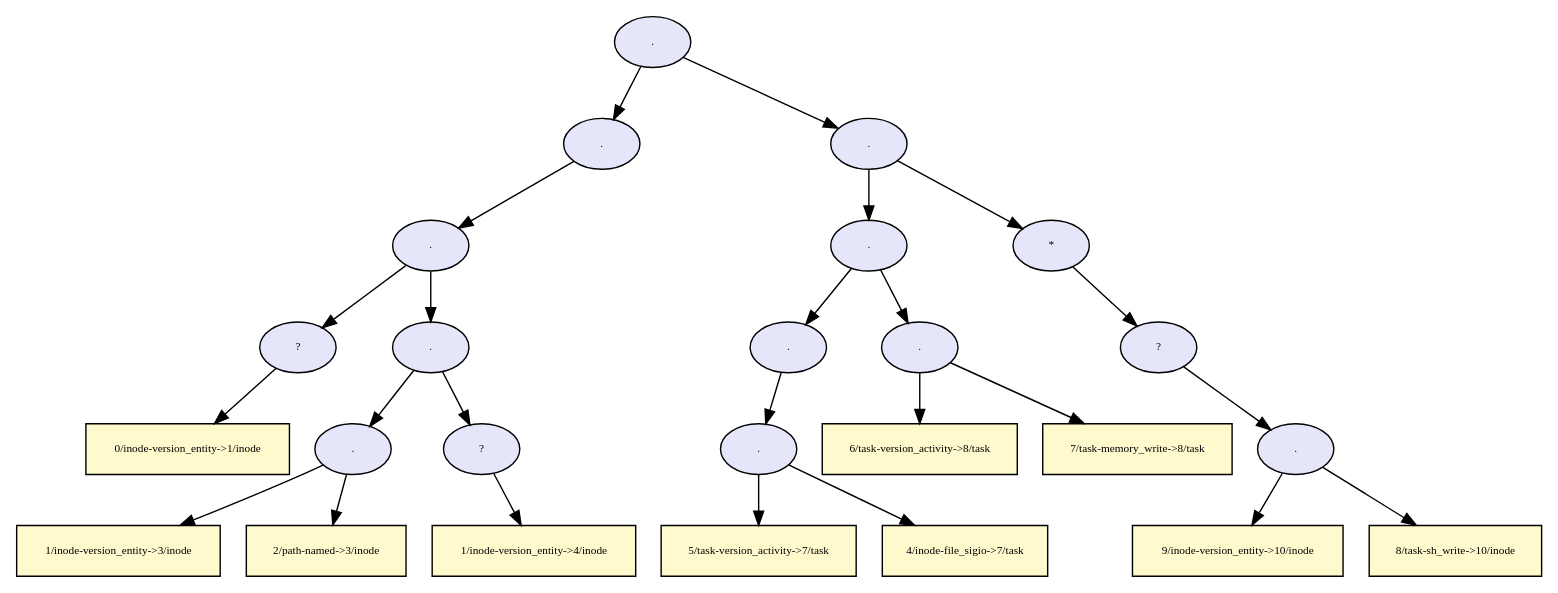
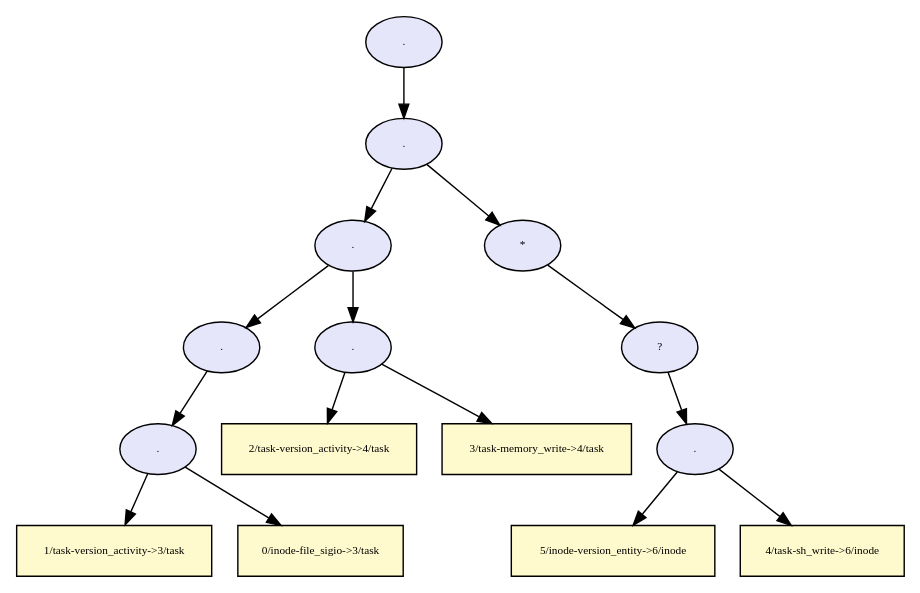
The diagram in dot/provenance_file_send_sigiotask_tree.dot (TinkerBellSystem/graph-matching), drawn with Graphviz before and after one commit. The commit also changed 5 other files, not shown here.

```diff
--- a/dot/provenance_file_send_sigiotask_tree.dot
+++ b/dot/provenance_file_send_sigiotask_tree.dot
@@ -1,99 +1,59 @@
-digraph RGL__DirectedAdjacencyGraph {24[fontsize = 8,label = ".",shape = ellipse, fillcolor="#e6e6fa", style = filled]
+digraph RGL__DirectedAdjacencyGraph {14[fontsize = 8,label = ".",shape = ellipse, fillcolor="#e6e6fa", style = filled]
 
-24 -> 9[fontsize = 8, color="#000000"]
+14 -> 13[fontsize = 8, color="#000000"]
 
-9[fontsize = 8,label = ".",shape = ellipse, fillcolor="#e6e6fa", style = filled]
+13[fontsize = 8,label = ".",shape = ellipse, fillcolor="#e6e6fa", style = filled]
 
-9 -> 8[fontsize = 8, color="#000000"]
-
-8[fontsize = 8,label = ".",shape = ellipse, fillcolor="#e6e6fa", style = filled]
-
-8 -> 1[fontsize = 8, color="#000000"]
-
-1[fontsize = 8,label = "?",shape = ellipse, fillcolor="#e6e6fa", style = filled]
-
-1 -> 0[fontsize = 8, color="#000000"]
-
-0[fontsize = 8,label = "0/inode-version_entity->1/inode",shape = rectangle, fillcolor="#fffacd", style = filled]
-
-8 -> 7[fontsize = 8, color="#000000"]
+13 -> 7[fontsize = 8, color="#000000"]
 
 7[fontsize = 8,label = ".",shape = ellipse, fillcolor="#e6e6fa", style = filled]
 
-7 -> 4[fontsize = 8, color="#000000"]
+7 -> 3[fontsize = 8, color="#000000"]
 
-4[fontsize = 8,label = ".",shape = ellipse, fillcolor="#e6e6fa", style = filled]
+3[fontsize = 8,label = ".",shape = ellipse, fillcolor="#e6e6fa", style = filled]
 
-4 -> 2[fontsize = 8, color="#000000"]
+3 -> 2[fontsize = 8, color="#000000"]
 
-2[fontsize = 8,label = "1/inode-version_entity->3/inode",shape = rectangle, fillcolor="#fffacd", style = filled]
+2[fontsize = 8,label = ".",shape = ellipse, fillcolor="#e6e6fa", style = filled]
 
-4 -> 3[fontsize = 8, color="#000000"]
+2 -> 0[fontsize = 8, color="#000000"]
 
-3[fontsize = 8,label = "2/path-named->3/inode",shape = rectangle, fillcolor="#fffacd", style = filled]
+0[fontsize = 8,label = "1/task-version_activity->3/task",shape = rectangle, fillcolor="#fffacd", style = filled]
+
+2 -> 1[fontsize = 8, color="#000000"]
+
+1[fontsize = 8,label = "0/inode-file_sigio->3/task",shape = rectangle, fillcolor="#fffacd", style = filled]
 
 7 -> 6[fontsize = 8, color="#000000"]
 
-6[fontsize = 8,label = "?",shape = ellipse, fillcolor="#e6e6fa", style = filled]
+6[fontsize = 8,label = ".",shape = ellipse, fillcolor="#e6e6fa", style = filled]
+
+6 -> 4[fontsize = 8, color="#000000"]
+
+4[fontsize = 8,label = "2/task-version_activity->4/task",shape = rectangle, fillcolor="#fffacd", style = filled]
 
 6 -> 5[fontsize = 8, color="#000000"]
 
-5[fontsize = 8,label = "1/inode-version_entity->4/inode",shape = rectangle, fillcolor="#fffacd", style = filled]
-
-24 -> 23[fontsize = 8, color="#000000"]
-
-23[fontsize = 8,label = ".",shape = ellipse, fillcolor="#e6e6fa", style = filled]
-
-23 -> 17[fontsize = 8, color="#000000"]
-
-17[fontsize = 8,label = ".",shape = ellipse, fillcolor="#e6e6fa", style = filled]
-
-17 -> 13[fontsize = 8, color="#000000"]
-
-13[fontsize = 8,label = ".",shape = ellipse, fillcolor="#e6e6fa", style = filled]
+5[fontsize = 8,label = "3/task-memory_write->4/task",shape = rectangle, fillcolor="#fffacd", style = filled]
 
 13 -> 12[fontsize = 8, color="#000000"]
 
-12[fontsize = 8,label = ".",shape = ellipse, fillcolor="#e6e6fa", style = filled]
-
-12 -> 10[fontsize = 8, color="#000000"]
-
-10[fontsize = 8,label = "5/task-version_activity->7/task",shape = rectangle, fillcolor="#fffacd", style = filled]
+12[fontsize = 8,label = "*",shape = ellipse, fillcolor="#e6e6fa", style = filled]
 
 12 -> 11[fontsize = 8, color="#000000"]
 
-11[fontsize = 8,label = "4/inode-file_sigio->7/task",shape = rectangle, fillcolor="#fffacd", style = filled]
+11[fontsize = 8,label = "?",shape = ellipse, fillcolor="#e6e6fa", style = filled]
 
-17 -> 16[fontsize = 8, color="#000000"]
+11 -> 10[fontsize = 8, color="#000000"]
 
-16[fontsize = 8,label = ".",shape = ellipse, fillcolor="#e6e6fa", style = filled]
+10[fontsize = 8,label = ".",shape = ellipse, fillcolor="#e6e6fa", style = filled]
 
-16 -> 14[fontsize = 8, color="#000000"]
+10 -> 8[fontsize = 8, color="#000000"]
 
-14[fontsize = 8,label = "6/task-version_activity->8/task",shape = rectangle, fillcolor="#fffacd", style = filled]
+8[fontsize = 8,label = "5/inode-version_entity->6/inode",shape = rectangle, fillcolor="#fffacd", style = filled]
 
-16 -> 15[fontsize = 8, color="#000000"]
+10 -> 9[fontsize = 8, color="#000000"]
 
-15[fontsize = 8,label = "7/task-memory_write->8/task",shape = rectangle, fillcolor="#fffacd", style = filled]
-
-23 -> 22[fontsize = 8, color="#000000"]
-
-22[fontsize = 8,label = "*",shape = ellipse, fillcolor="#e6e6fa", style = filled]
-
-22 -> 21[fontsize = 8, color="#000000"]
-
-21[fontsize = 8,label = "?",shape = ellipse, fillcolor="#e6e6fa", style = filled]
-
-21 -> 20[fontsize = 8, color="#000000"]
-
-20[fontsize = 8,label = ".",shape = ellipse, fillcolor="#e6e6fa", style = filled]
-
-20 -> 18[fontsize = 8, color="#000000"]
-
-18[fontsize = 8,label = "9/inode-version_entity->10/inode",shape = rectangle, fillcolor="#fffacd", style = filled]
-
-20 -> 19[fontsize = 8, color="#000000"]
-
-19[fontsize = 8,label = "8/task-sh_write->10/inode",shape = rectangle, fillcolor="#fffacd", style = filled]
+9[fontsize = 8,label = "4/task-sh_write->6/inode",shape = rectangle, fillcolor="#fffacd", style = filled]
 
 }
```
